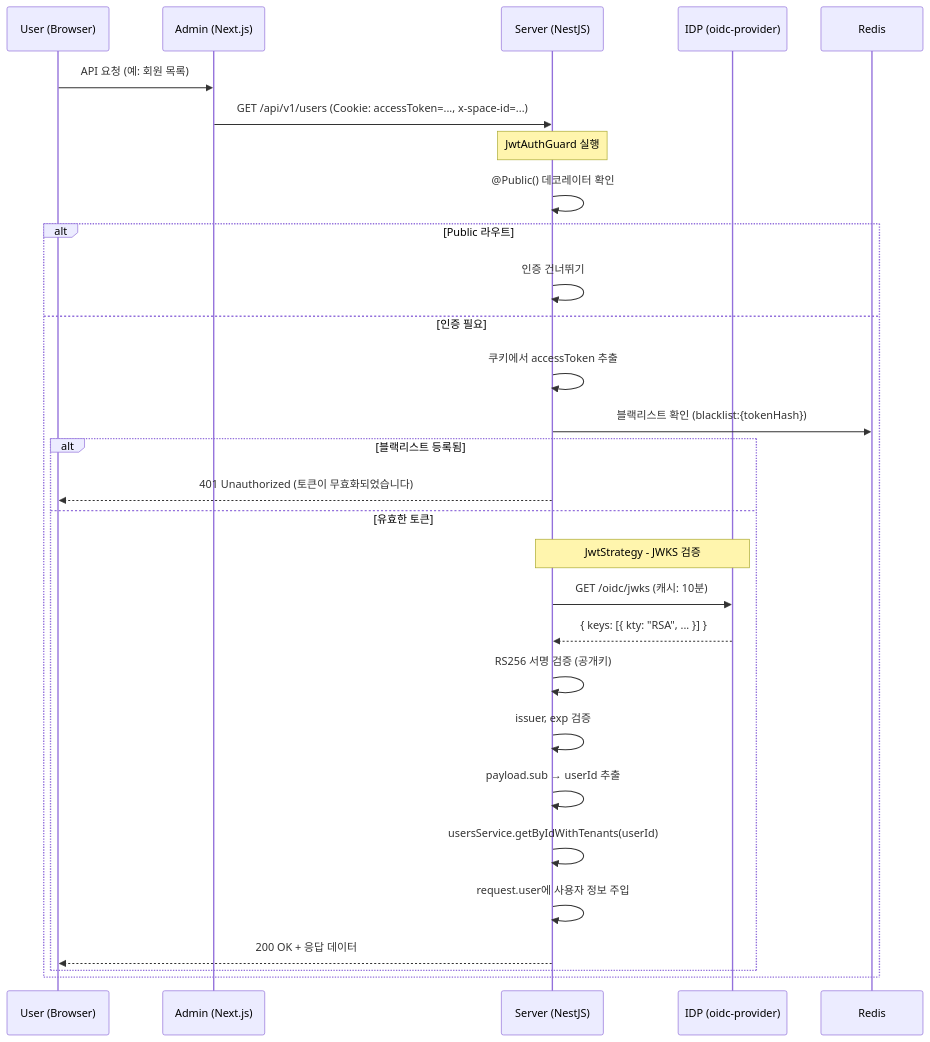
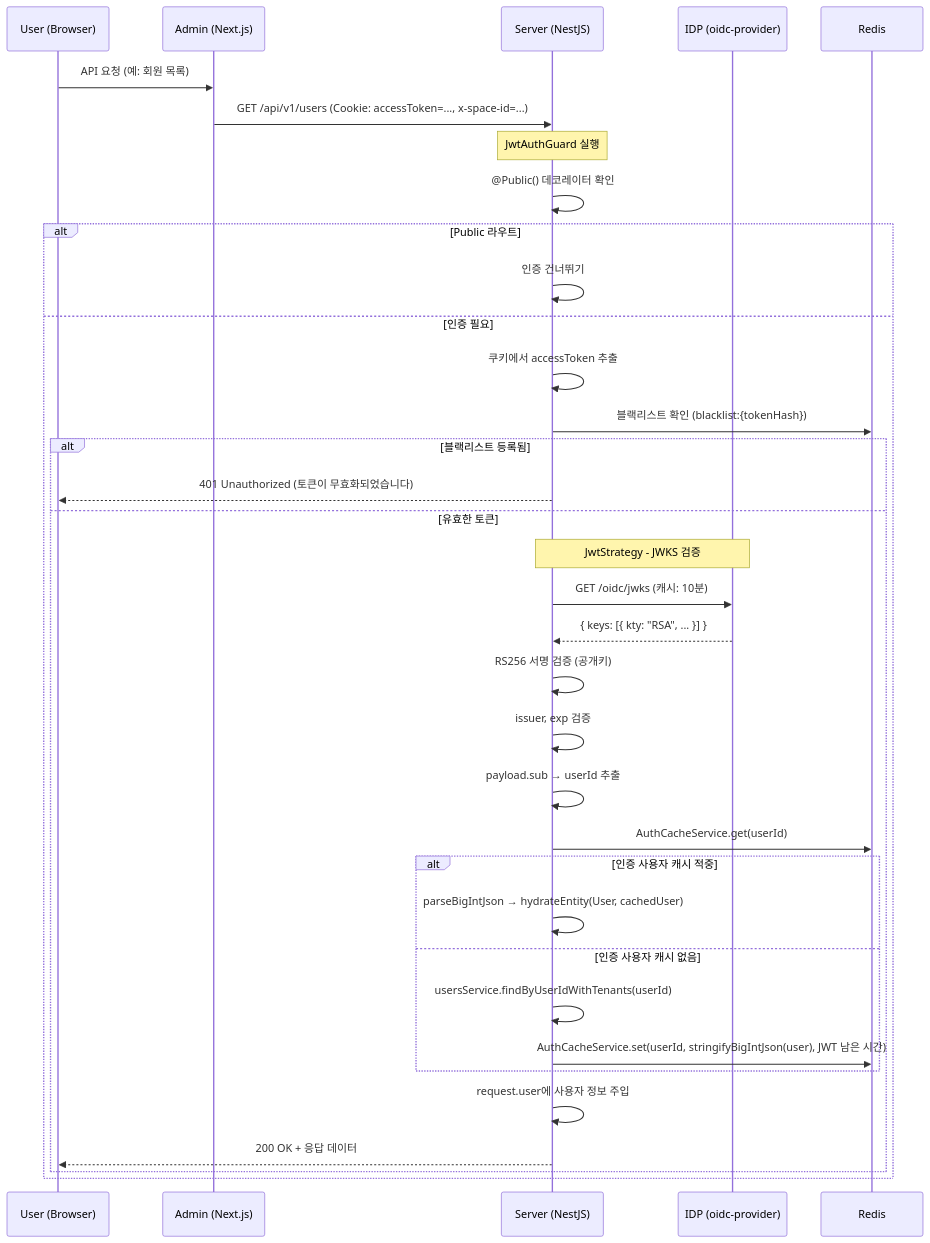
Before and after one commit to kimjoongwon/prj-core: the second of 5 diagrams in packages/be-common/_spec/auth-security/oidc-auth-flow.md, drawn with Mermaid. The commit also changed other lines of this file and 430 other files, not shown here.

````diff
--- a/packages/be-common/_spec/auth-security/oidc-auth-flow.md
+++ b/packages/be-common/_spec/auth-security/oidc-auth-flow.md
@@ -95,33 +95,39 @@
 ```mermaid
 sequenceDiagram
     participant U as User (Browser)
     participant A as Admin (Next.js)
     participant S as Server (NestJS)
     participant I as IDP (oidc-provider)
     participant R as Redis
 
     U->>A: API 요청 (예: 회원 목록)
     A->>S: GET /api/v1/users (Cookie: accessToken=..., x-space-id=...)
 
     Note over S: JwtAuthGuard 실행
     S->>S: @Public() 데코레이터 확인
     alt Public 라우트
         S->>S: 인증 건너뛰기
     else 인증 필요
         S->>S: 쿠키에서 accessToken 추출
         S->>R: 블랙리스트 확인 (blacklist:{tokenHash})
         alt 블랙리스트 등록됨
             S-->>U: 401 Unauthorized (토큰이 무효화되었습니다)
         else 유효한 토큰
             Note over S,I: JwtStrategy - JWKS 검증
             S->>I: GET /oidc/jwks (캐시: 10분)
             I-->>S: { keys: [{ kty: "RSA", ... }] }
             S->>S: RS256 서명 검증 (공개키)
             S->>S: issuer, exp 검증
             S->>S: payload.sub → userId 추출
-            S->>S: usersService.getByIdWithTenants(userId)
+            S->>R: AuthCacheService.get(userId)
+            alt 인증 사용자 캐시 적중
+                S->>S: parseBigIntJson → hydrateEntity(User, cachedUser)
+            else 인증 사용자 캐시 없음
+                S->>S: usersService.findByUserIdWithTenants(userId)
+                S->>R: AuthCacheService.set(userId, stringifyBigIntJson(user), JWT 남은 시간)
+            end
             S->>S: request.user에 사용자 정보 주입
             S-->>U: 200 OK + 응답 데이터
         end
     end
 ```
````
